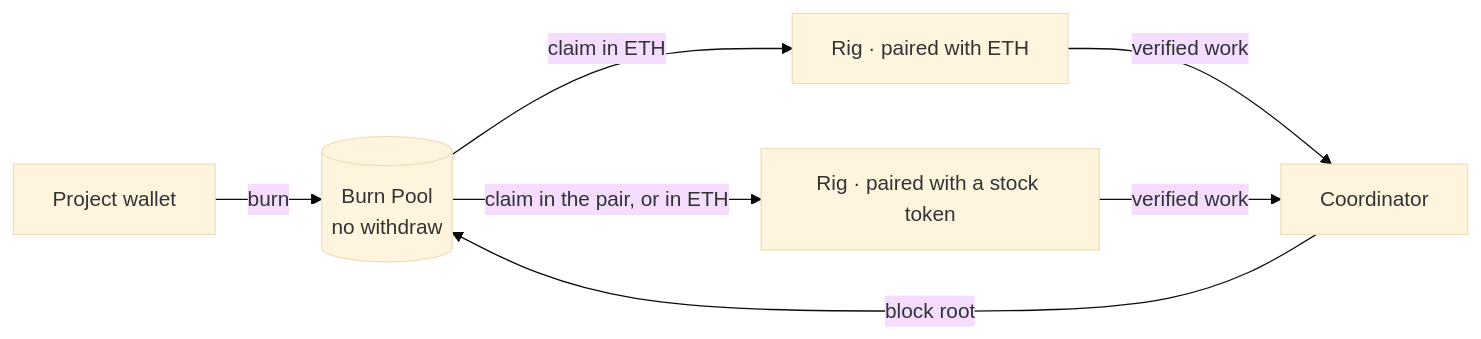
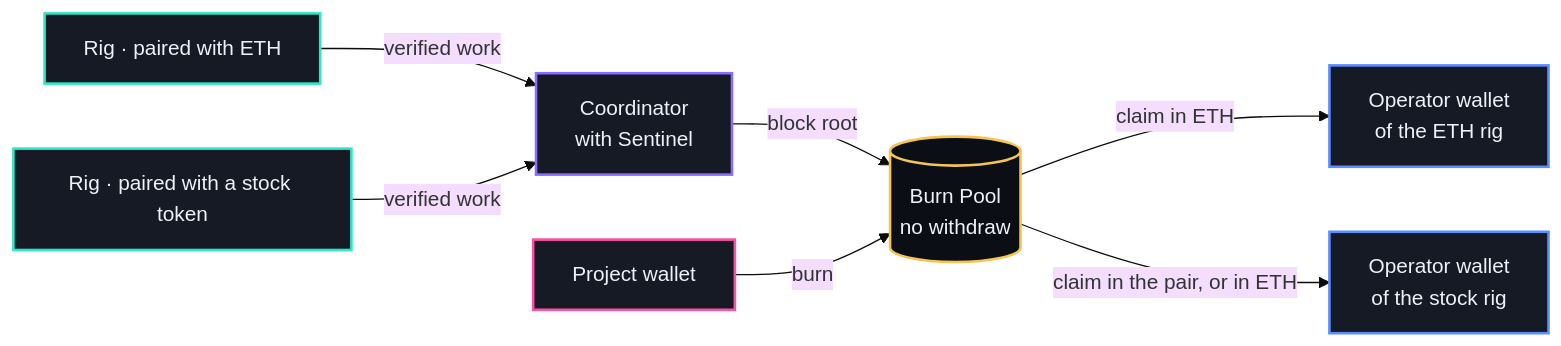
One commit to mineragpu/minera changed the second of 2 diagrams in README.md. Above: the diagram before and after it, drawn with Mermaid (base theme). The commit also changed other lines of this file, not shown here.

````diff
--- a/README.md
+++ b/README.md
@@ -32,9 +98,20 @@
 ```mermaid
 flowchart LR
-    A[Project wallet] -- burn --> P[(Burn Pool<br/>no withdraw)]
-    R1[Rig · paired with ETH] -- verified work --> C[Coordinator]
-    R2[Rig · paired with a stock token] -- verified work --> C
-    C -- block root --> P
-    P -- claim in ETH --> R1
-    P -- claim in the pair, or in ETH --> R2
+    R1["Rig · paired with ETH"] -- verified work --> C["Coordinator<br/>with Sentinel"]
+    R2["Rig · paired with a stock token"] -- verified work --> C
+    C -- block root --> P[("Burn Pool<br/>no withdraw")]
+    A["Project wallet"] -- burn --> P
+    P -- claim in ETH --> O1["Operator wallet<br/>of the ETH rig"]
+    P -- claim in the pair, or in ETH --> O2["Operator wallet<br/>of the stock rig"]
+
+    classDef rig fill:#151A24,stroke:#2EE6C8,stroke-width:2px,color:#EEF2F7
+    classDef coordinator fill:#151A24,stroke:#8C6BFF,stroke-width:2px,color:#EEF2F7
+    classDef wallet fill:#151A24,stroke:#FF4FA3,stroke-width:2px,color:#EEF2F7
+    classDef pool fill:#0B0E14,stroke:#F5C451,stroke-width:2px,color:#EEF2F7
+    classDef operator fill:#151A24,stroke:#5A8DFF,stroke-width:2px,color:#EEF2F7
+    class R1,R2 rig
+    class C coordinator
+    class A wallet
+    class P pool
+    class O1,O2 operator
 ```
````
